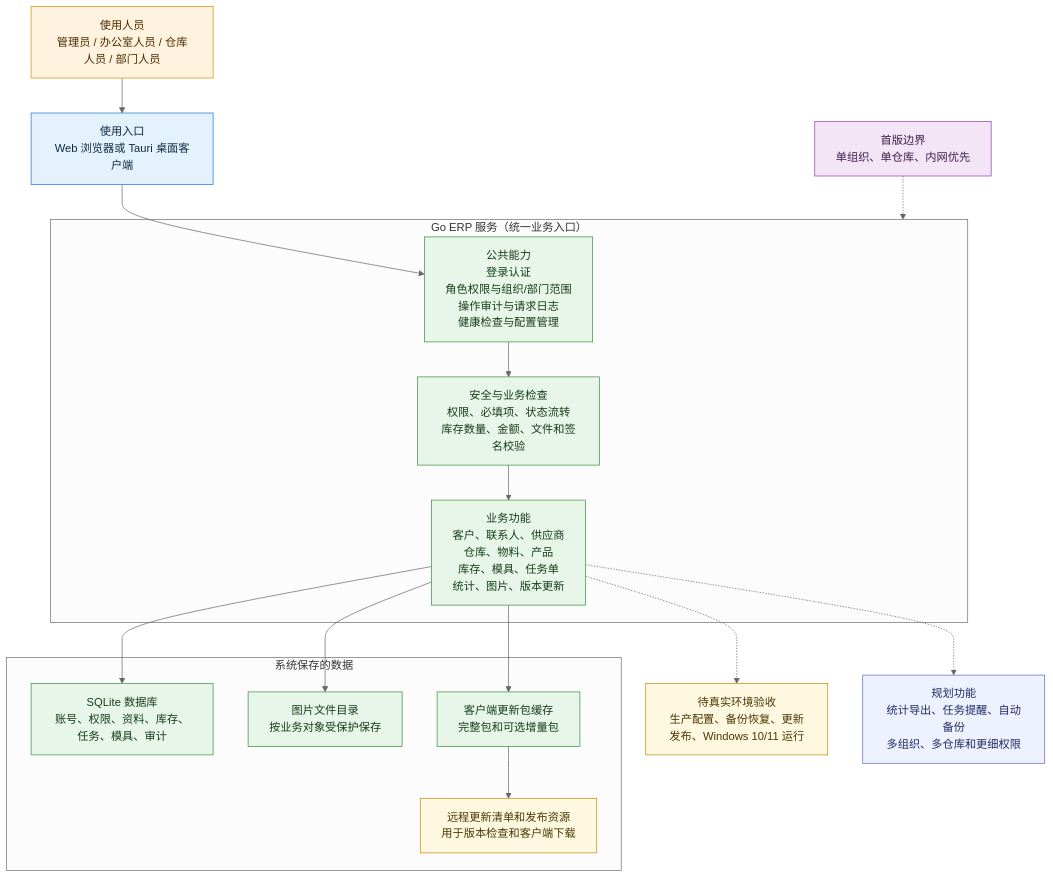
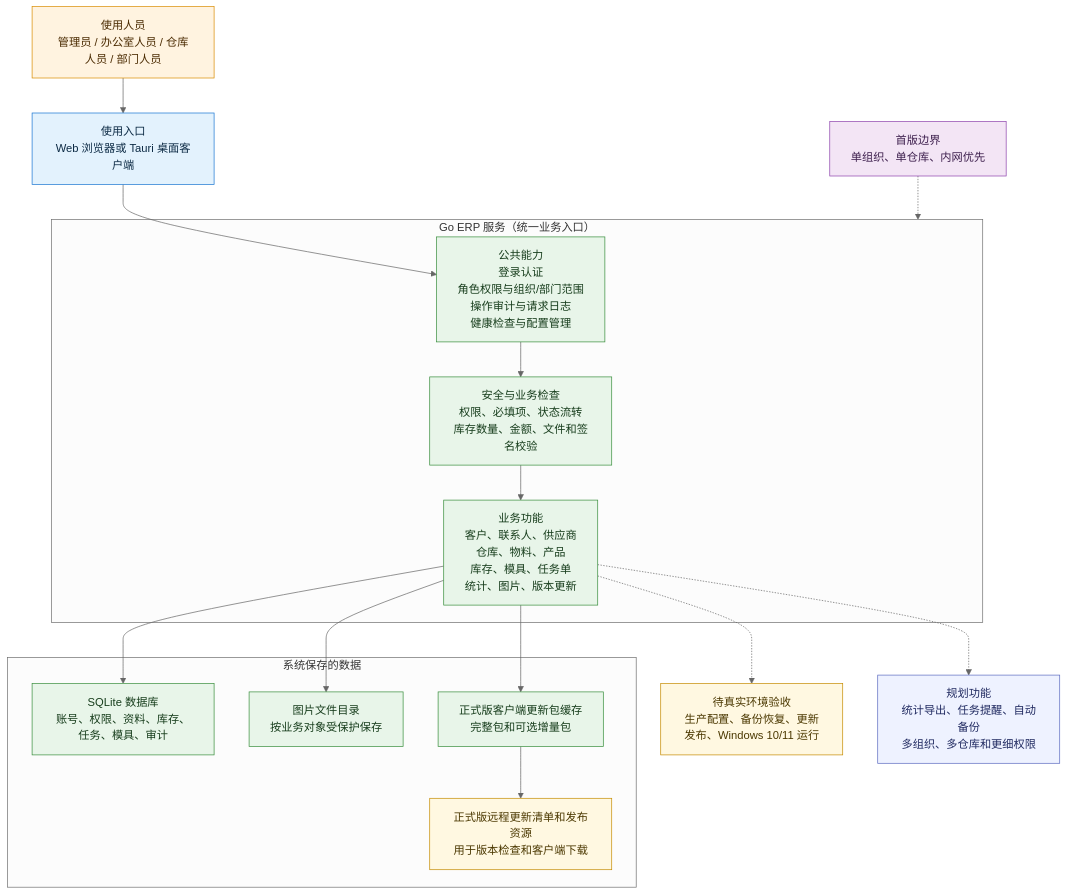
One commit to SilenceJR/bb_erp_echo changed the first of 6 diagrams in docs/BACKEND_ARCHITECTURE.md. Above: the diagram before and after it, drawn with Mermaid (neutral theme). The commit also changed other lines of this file and 9 other files, not shown here.

```diff
--- a/docs/BACKEND_ARCHITECTURE.md
+++ b/docs/BACKEND_ARCHITECTURE.md
@@ -19,42 +19,42 @@
 ~~~mermaid
 flowchart TB
     users["使用人员<br/>管理员 / 办公室人员 / 仓库人员 / 部门人员"]:::user
     clients["使用入口<br/>Web 浏览器或 Tauri 桌面客户端"]:::entry
 
     subgraph service["Go ERP 服务（统一业务入口）"]
         common["公共能力<br/>登录认证<br/>角色权限与组织/部门范围<br/>操作审计与请求日志<br/>健康检查与配置管理"]:::done
         domains["业务功能<br/>客户、联系人、供应商<br/>仓库、物料、产品<br/>库存、模具、任务单<br/>统计、图片、版本更新"]:::done
         validation["安全与业务检查<br/>权限、必填项、状态流转<br/>库存数量、金额、文件和签名校验"]:::done
     end
 
     subgraph storage["系统保存的数据"]
         db["SQLite 数据库<br/>账号、权限、资料、库存、任务、模具、审计"]:::done
         files["图片文件目录<br/>按业务对象受保护保存"]:::done
-        cache["客户端更新包缓存<br/>完整包和可选增量包"]:::done
-        remote["远程更新清单和发布资源<br/>用于版本检查和客户端下载"]:::pending
+        cache["正式版客户端更新包缓存<br/>完整包和可选增量包"]:::done
+        remote["正式版远程更新清单和发布资源<br/>用于版本检查和客户端下载"]:::pending
     end
 
     users --> clients
     clients --> common
     common --> validation
     validation --> domains
     domains --> db
     domains --> files
     domains --> cache
     cache --> remote
 
     acceptance["待真实环境验收<br/>生产配置、备份恢复、更新发布、Windows 10/11 运行"]:::pending
     planned["规划功能<br/>统计导出、任务提醒、自动备份<br/>多组织、多仓库和更细权限"]:::planned
     domains -.-> acceptance
     domains -.-> planned
 
     boundary["首版边界<br/>单组织、单仓库、内网优先"]:::boundary
     boundary -.-> service
 
     classDef user fill:#fff3e0,stroke:#d98c00,color:#4a2a00
     classDef entry fill:#e3f2fd,stroke:#1976d2,color:#0d2b45
     classDef done fill:#e8f5e9,stroke:#388e3c,color:#173d1c
     classDef pending fill:#fff8e1,stroke:#c58b00,color:#4b3800
     classDef planned fill:#eef2ff,stroke:#5c6bc0,color:#202a61
     classDef boundary fill:#f3e5f5,stroke:#8e44ad,color:#3d1f4d
 ~~~
```
